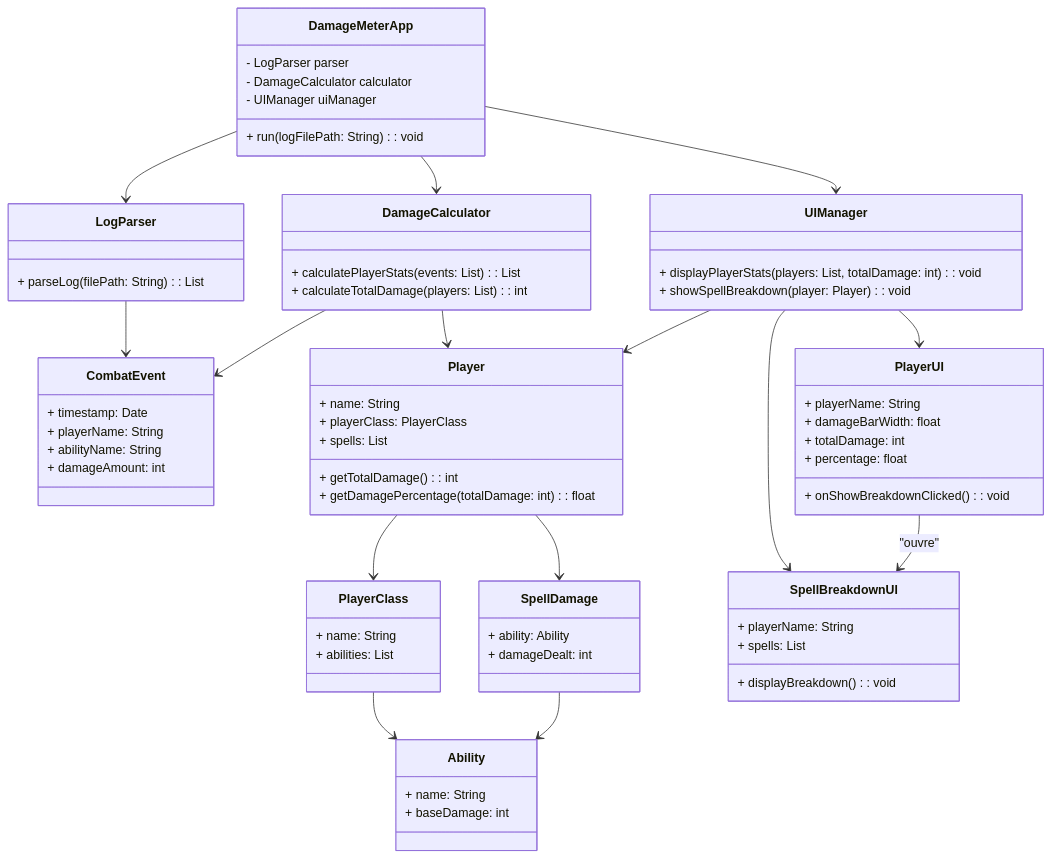
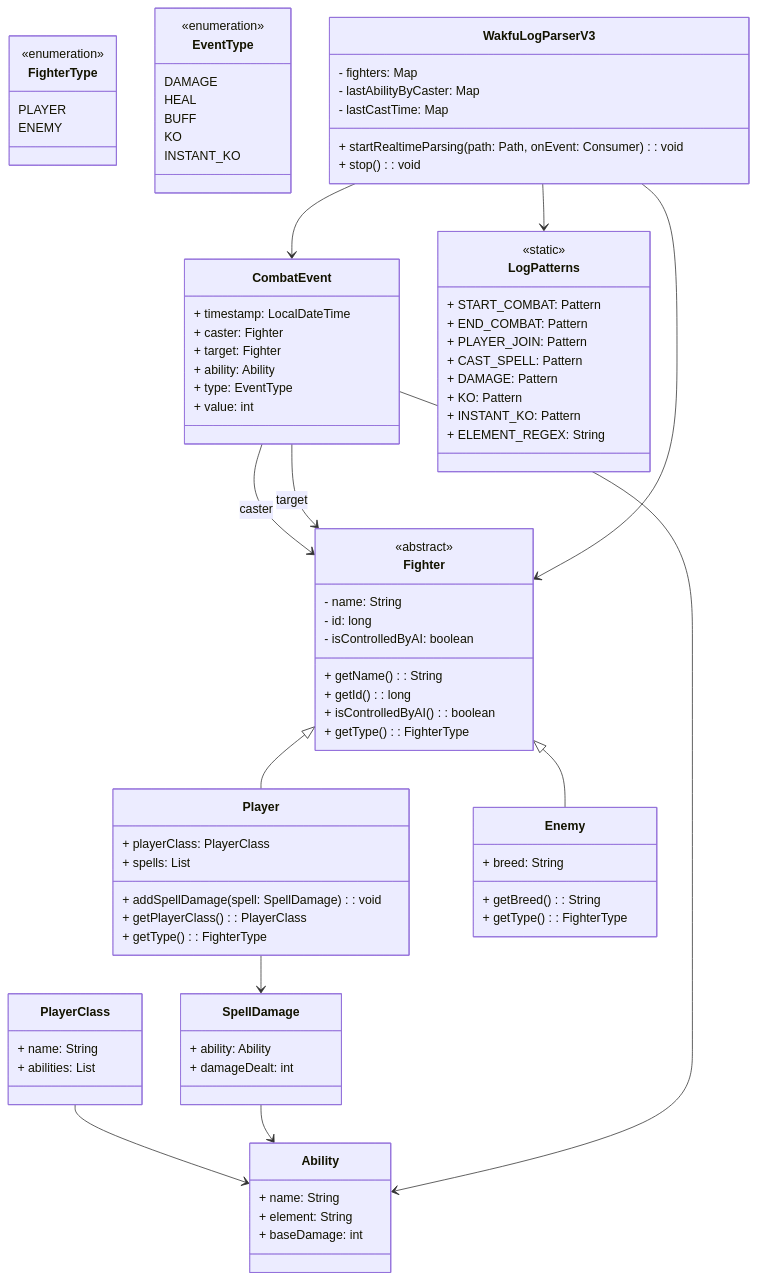
The diagram in readme.md (Belood/WakMeter), drawn with Mermaid before and after one commit. The commit also changed other lines of this file and 19 other files, not shown here.

````diff
--- a/readme.md
+++ b/readme.md
@@ -10,47 +10,42 @@
 ```mermaid
 classDiagram
-%% ===============================
-%% COUCHE PRINCIPALE
-%% ===============================
-
-class DamageMeterApp {
-    - LogParser parser
-    - DamageCalculator calculator
-    - UIManager uiManager
-    + run(logFilePath: String): void
-}
-
-%% ===============================
-%% COUCHE PARSING
-%% ===============================
-
-class LogParser {
-    + parseLog(filePath: String): List<CombatEvent>
-}
-
-class CombatEvent {
-    + timestamp: Date
-    + playerName: String
-    + abilityName: String
-    + damageAmount: int
-}
-
 %% ===============================
 %% COUCHE METIER / MODELE
 %% ===============================
 
-class DamageCalculator {
-    + calculatePlayerStats(events: List<CombatEvent>): List<Player>
-    + calculateTotalDamage(players: List<Player>): int
+class Fighter {
+    <<abstract>>
+    - name: String
+    - id: long
+    - isControlledByAI: boolean
+    + getName(): String
+    + getId(): long
+    + isControlledByAI(): boolean
+    + getType(): FighterType
+}
+
+class FighterType {
+    <<enumeration>>
+    PLAYER
+    ENEMY
 }
 
 class Player {
-    + name: String
     + playerClass: PlayerClass
     + spells: List<SpellDamage>
-    + getTotalDamage(): int
-    + getDamagePercentage(totalDamage: int): float
+    + addSpellDamage(spell: SpellDamage): void
+    + getPlayerClass(): PlayerClass
+    + getType(): FighterType
 }
+
+class Enemy {
+    + breed: String
+    + getBreed(): String
+    + getType(): FighterType
+}
+
+Fighter <|-- Player
+Fighter <|-- Enemy
 
 class PlayerClass {
     + name: String
@@ -59,6 +54,7 @@
 
 class Ability {
     + name: String
+    + element: String
     + baseDamage: int
 }
 
@@ -67,48 +63,63 @@
     + damageDealt: int
 }
 
+PlayerClass --> Ability
+Player --> SpellDamage
+SpellDamage --> Ability
+
 %% ===============================
-%% COUCHE PRESENTATION
+%% EVENEMENTS DE COMBAT
 %% ===============================
 
-class UIManager {
-    + displayPlayerStats(players: List<Player>, totalDamage: int): void
-    + showSpellBreakdown(player: Player): void
+class CombatEvent {
+    + timestamp: LocalDateTime
+    + caster: Fighter
+    + target: Fighter
+    + ability: Ability
+    + type: EventType
+    + value: int
 }
 
-class PlayerUI {
-    + playerName: String
-    + damageBarWidth: float
-    + totalDamage: int
-    + percentage: float
-    + onShowBreakdownClicked(): void
+class EventType {
+    <<enumeration>>
+    DAMAGE
+    HEAL
+    BUFF
+    KO
+    INSTANT_KO
 }
 
-class SpellBreakdownUI {
-    + playerName: String
-    + spells: List<SpellDamage>
-    + displayBreakdown(): void
+CombatEvent --> Fighter : caster
+CombatEvent --> Fighter : target
+CombatEvent --> Ability
+
+%% ===============================
+%% COUCHE PARSING
+%% ===============================
+
+class WakfuLogParserV3 {
+    - fighters: Map<String, Fighter>
+    - lastAbilityByCaster: Map<String, Ability>
+    - lastCastTime: Map<String, Long>
+    + startRealtimeParsing(path: Path, onEvent: Consumer<CombatEvent>): void
+    + stop(): void
 }
 
-%% ===============================
-%% RELATIONS ENTRE CLASSES
-%% ===============================
+class LogPatterns {
+    <<static>>
+    + START_COMBAT: Pattern
+    + END_COMBAT: Pattern
+    + PLAYER_JOIN: Pattern
+    + CAST_SPELL: Pattern
+    + DAMAGE: Pattern
+    + KO: Pattern
+    + INSTANT_KO: Pattern
+    + ELEMENT_REGEX: String
+}
 
-DamageMeterApp --> LogParser
-DamageMeterApp --> DamageCalculator
-DamageMeterApp --> UIManager
-
-LogParser --> CombatEvent
-DamageCalculator --> Player
-DamageCalculator --> CombatEvent
-Player --> PlayerClass
-Player --> SpellDamage
-PlayerClass --> Ability
-SpellDamage --> Ability
-UIManager --> PlayerUI
-UIManager --> SpellBreakdownUI
-UIManager --> Player
-PlayerUI --> SpellBreakdownUI : "ouvre"
+WakfuLogParserV3 --> LogPatterns
+WakfuLogParserV3 --> CombatEvent
+WakfuLogParserV3 --> Fighter
 
 
 ```
````
